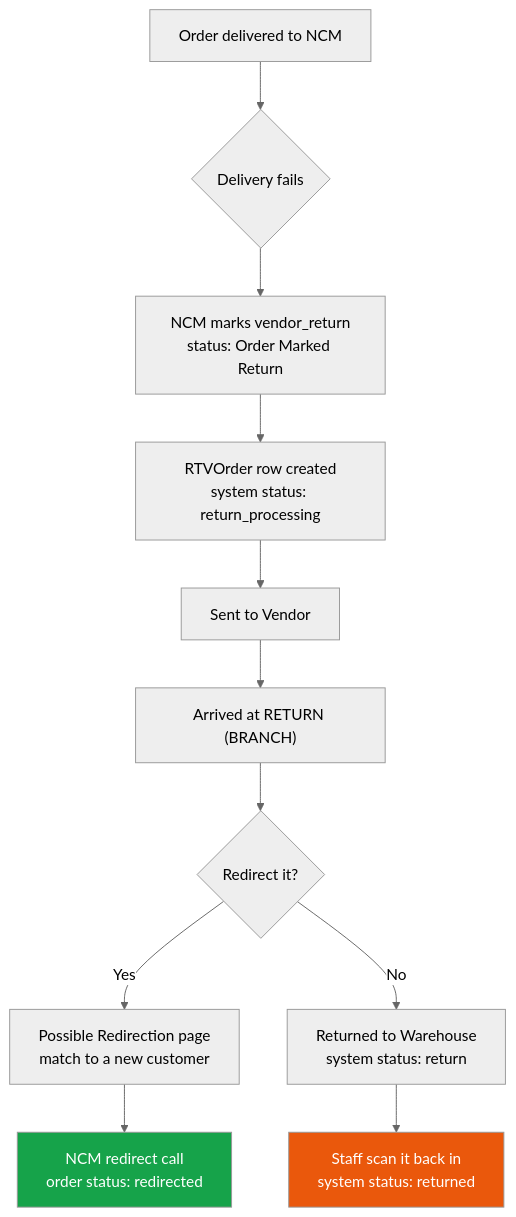
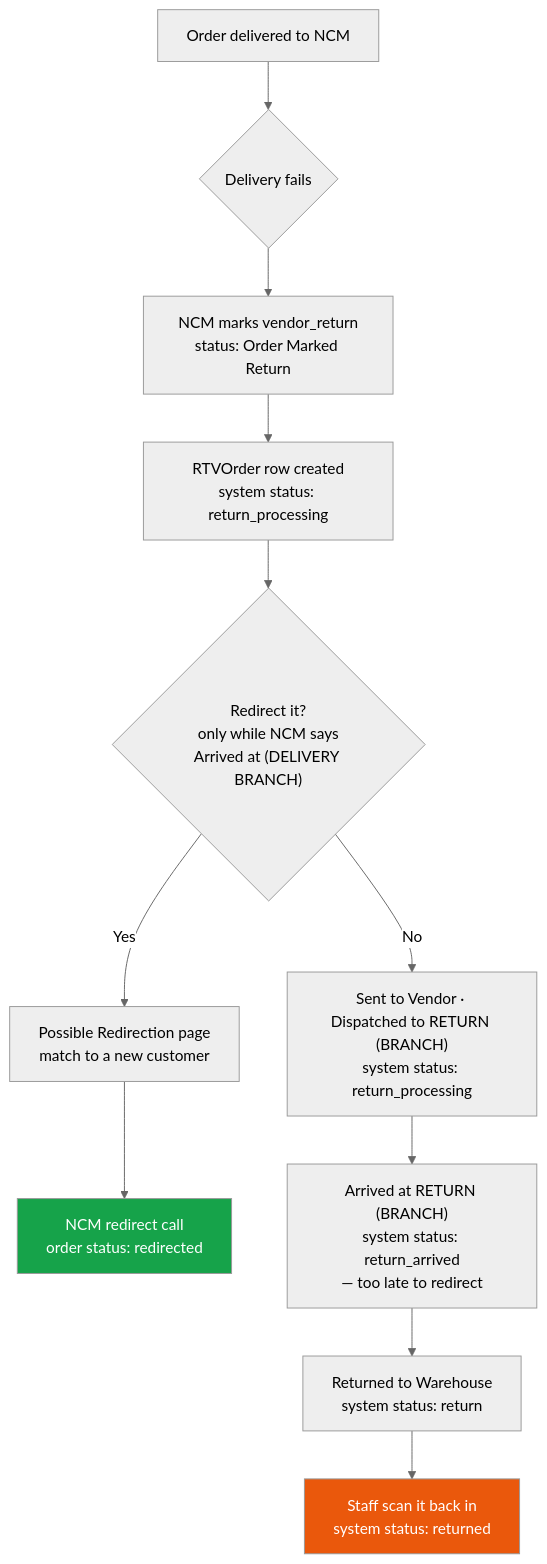
One commit to milanmagrati/E-commerce-Project changed the first of 2 diagrams in myproject/docs/14-rtv-and-redirection.md. Above: the diagram before and after it, drawn with Mermaid (neutral theme). The commit also changed other lines of this file and 7 other files, not shown here.

First line of the commit message:
Document the return-arrived status and the "arrived" trap it creates

````diff
--- a/myproject/docs/14-rtv-and-redirection.md
+++ b/myproject/docs/14-rtv-and-redirection.md
@@ -14,16 +14,16 @@
 ```mermaid
 flowchart TD
     A[Order delivered to NCM] --> B{Delivery fails}
     B --> C["NCM marks vendor_return<br/>status: Order Marked Return"]
     C --> D["RTVOrder row created<br/>system status: return_processing"]
-    D --> E["Sent to Vendor"]
-    E --> F["Arrived at RETURN (BRANCH)"]
-    F --> G{Redirect it?}
+    D --> G{"Redirect it?<br/>only while NCM says<br/>Arrived at (DELIVERY BRANCH)"}
     G -- Yes --> H["Possible Redirection page<br/>match to a new customer"]
     H --> I["NCM redirect call<br/>order status: redirected"]
-    G -- No --> J["Returned to Warehouse<br/>system status: return"]
+    G -- No --> E["Sent to Vendor · Dispatched to RETURN (BRANCH)<br/>system status: return_processing"]
+    E --> F["Arrived at RETURN (BRANCH)<br/>system status: return_arrived<br/>— too late to redirect"]
+    F --> J["Returned to Warehouse<br/>system status: return"]
     J --> K["Staff scan it back in<br/>system status: returned"]
 
     style I fill:#16a34a,color:#fff
     style K fill:#ea580c,color:#fff
 ```
````
